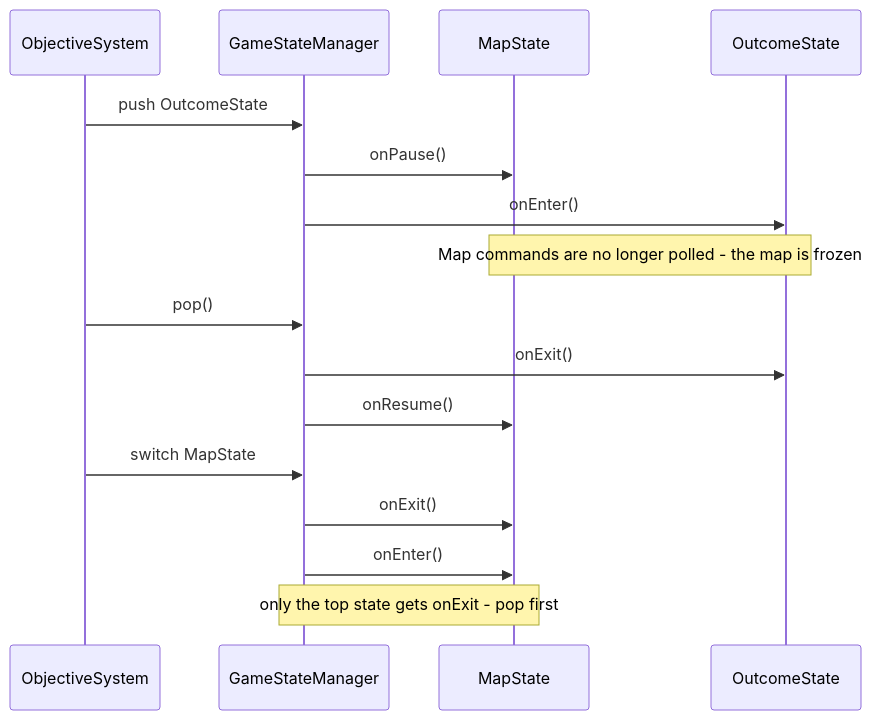
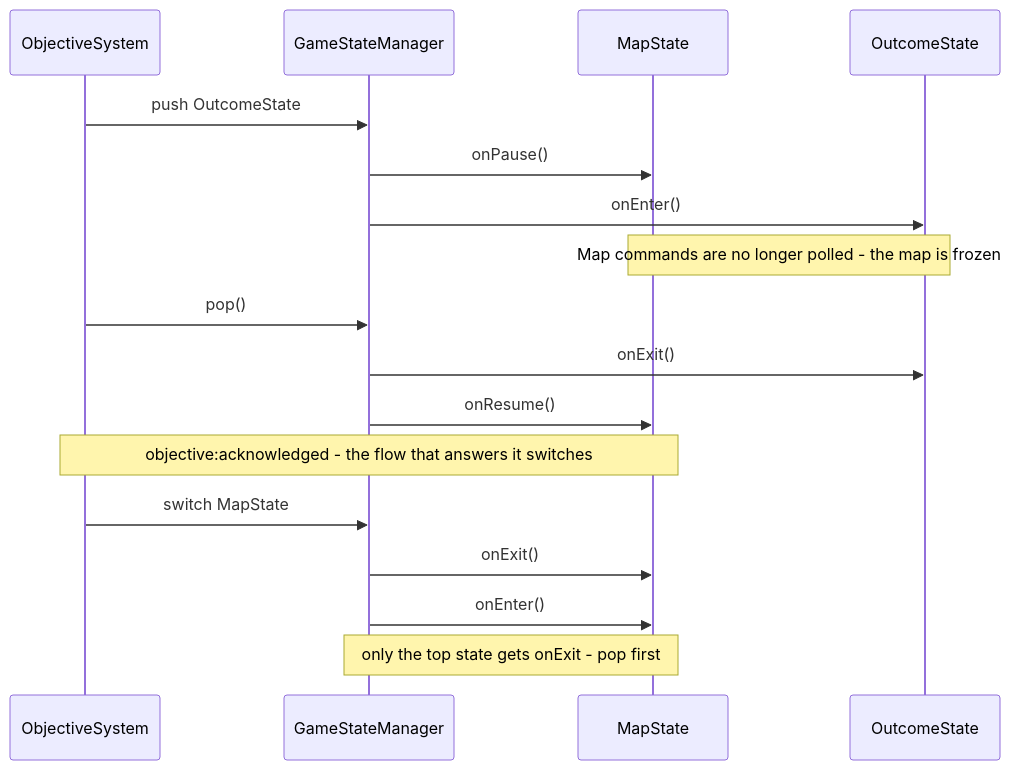
One commit to DonColon/vigilans-nexum changed the fourth of 5 diagrams in README.md. Above: the diagram before and after it, drawn with Mermaid. The commit also changed other lines of this file and 83 other files, not shown here.

````diff
--- a/README.md
+++ b/README.md
@@ -512,19 +517,20 @@
 ```mermaid
 sequenceDiagram
 	participant OS as ObjectiveSystem
 	participant SM as GameStateManager
 	participant Map as MapState
 	participant Out as OutcomeState
 
 	OS->>SM: push OutcomeState
 	SM->>Map: onPause()
 	SM->>Out: onEnter()
 	Note over Map,Out: Map commands are no longer polled - the map is frozen
 	OS->>SM: pop()
 	SM->>Out: onExit()
 	SM->>Map: onResume()
+	Note over OS,Map: objective:acknowledged - the flow that answers it switches
 	OS->>SM: switch MapState
 	SM->>Map: onExit()
 	SM->>Map: onEnter()
 	Note over SM,Map: only the top state gets onExit - pop first
 ```
````
